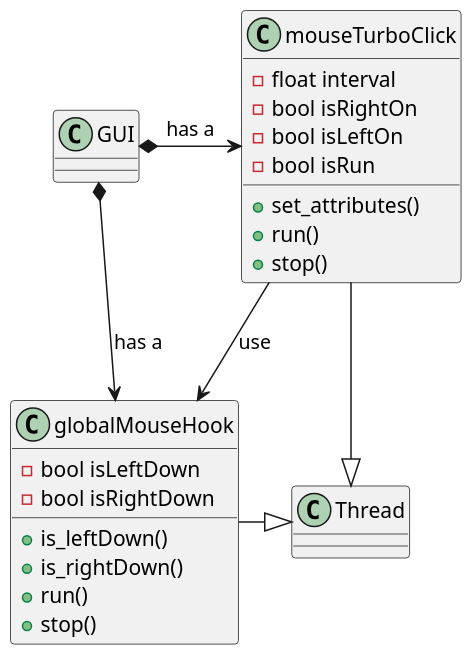
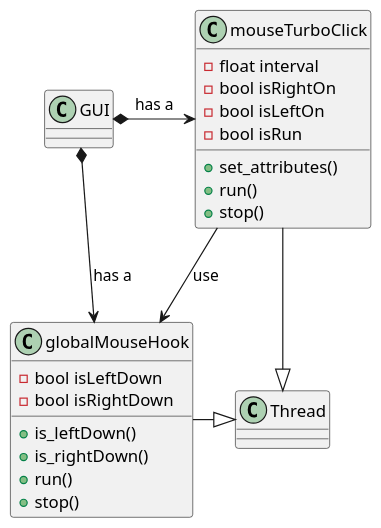
Before and after one commit to gabigon88/MouseTurboClick: the diagram in preview_UML.wsd, drawn with PlantUML. The commit also changed 4 other files, not shown here.

```diff
--- a/preview_UML.wsd
+++ b/preview_UML.wsd
@@ -1,28 +1,28 @@
 @startuml
-scale 1.5
+scale 1.2
 class GUI
 class globalMouseHook{
     - bool isLeftDown
     - bool isRightDown
     + is_leftDown()
     + is_rightDown()
     + run()
     + stop()
 }
 class mouseTurboClick{
     - float interval
     - bool isRightOn
     - bool isLeftOn
     - bool isRun 
     + set_attributes()
     + run()
     + stop()
 }
 
 globalMouseHook -right-|> Thread
 mouseTurboClick --|> Thread
 
 GUI *--> globalMouseHook : has a
 GUI *-right-> mouseTurboClick : has a
 mouseTurboClick --> globalMouseHook : use
 @enduml
```
